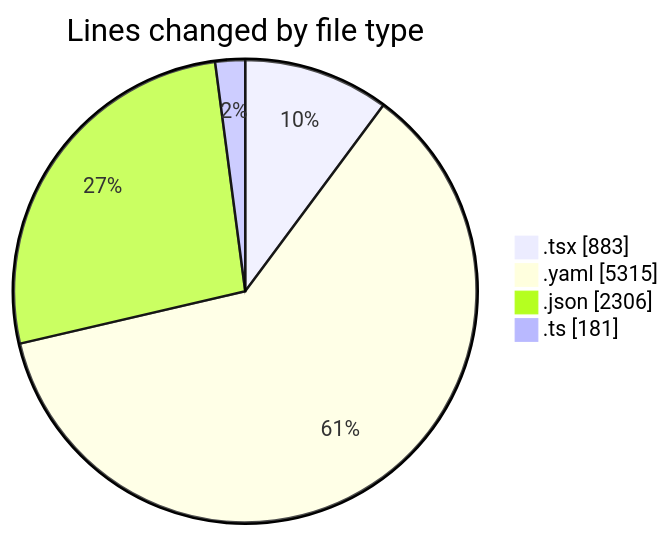
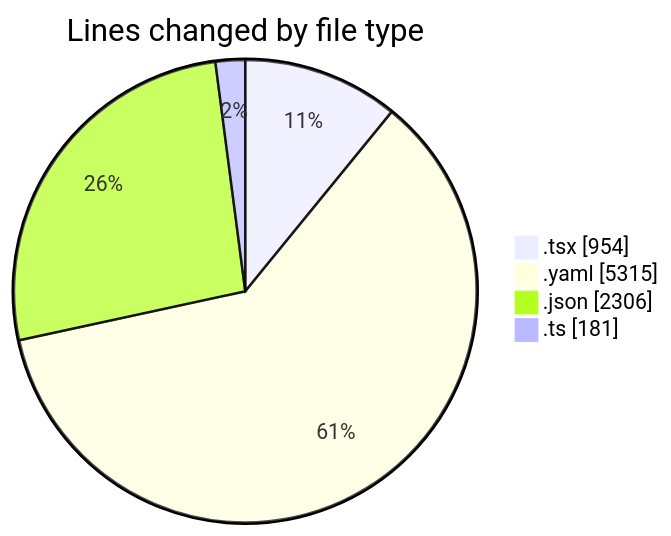
The first of 2 diagrams in 2025-11-07/eventscop-frontend-guide__workspace_/README.md (julien-gomy/code-tracking), drawn with Mermaid before and after one commit. The commit also changed other lines of this file and 1 other file, not shown here.

````diff
--- a/2025-11-07/eventscop-frontend-guide__workspace_/README.md
+++ b/2025-11-07/eventscop-frontend-guide__workspace_/README.md
@@ -36,8 +37,8 @@
 ```mermaid
 pie showData
 title Lines changed by file type
-".tsx" : 883
+".tsx" : 954
 ".yaml" : 5315
 ".json" : 2306
 ".ts" : 181
 ```
````
